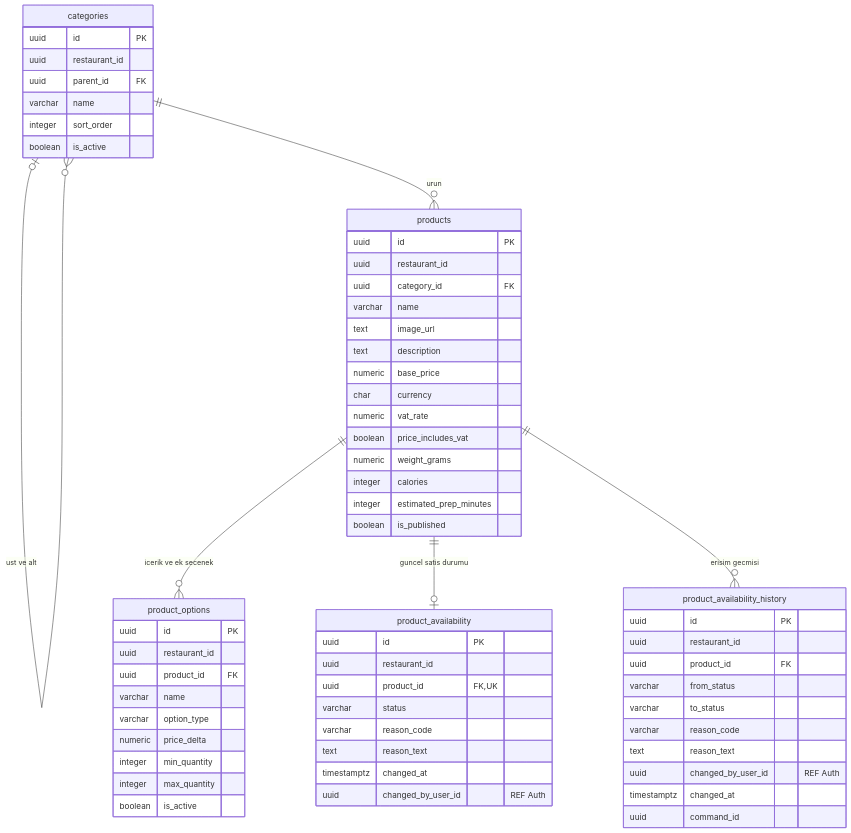
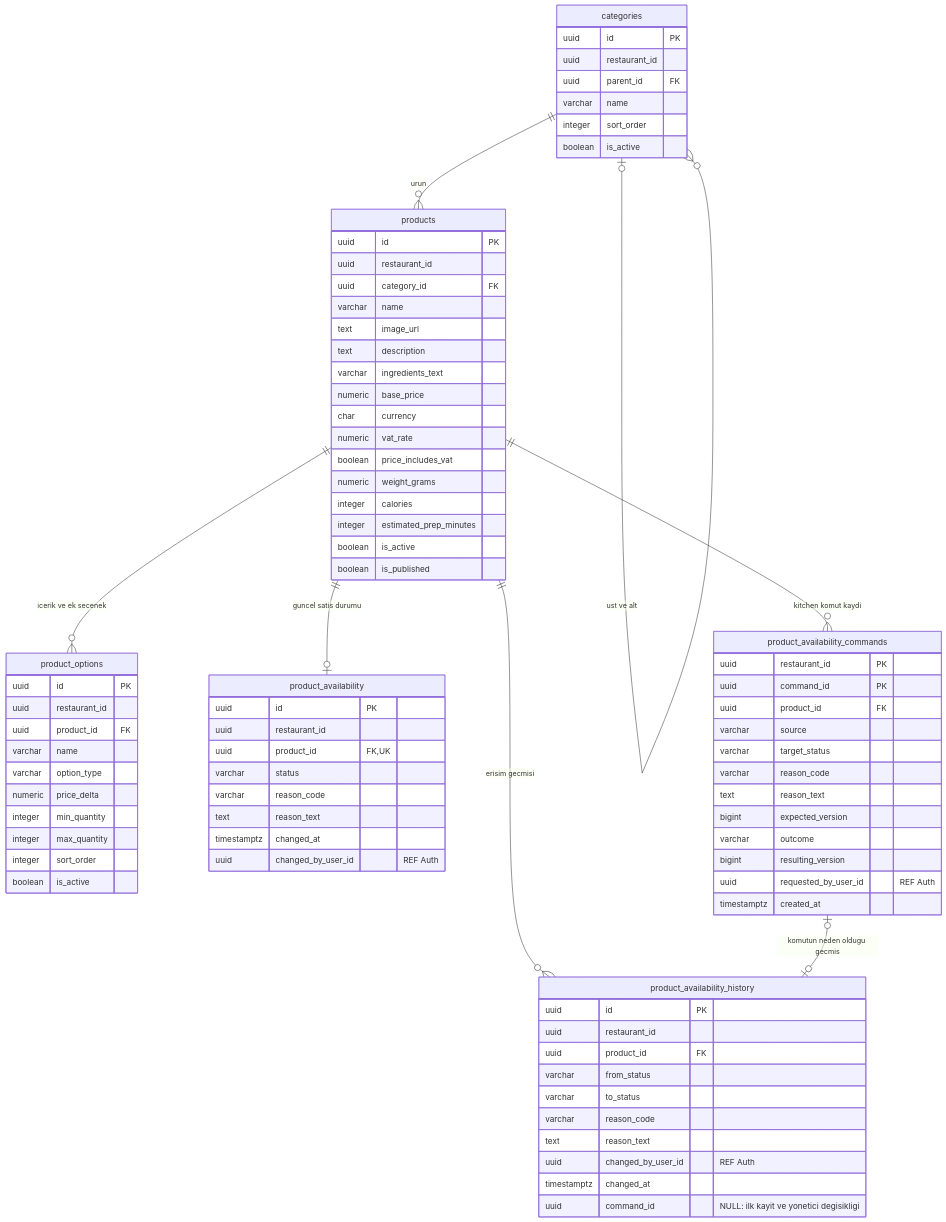
Before and after one commit to software-lecture-labs/Restofy: the fifth of 13 diagrams in docs/er-diagram.md, drawn with Mermaid. The commit also changed other lines of this file and 6 other files, not shown here.

````diff
--- a/docs/er-diagram.md
+++ b/docs/er-diagram.md
@@ -220,6 +220,8 @@
     products ||--o{ product_options : "icerik ve ek secenek"
     products ||--o| product_availability : "guncel satis durumu"
     products ||--o{ product_availability_history : "erisim gecmisi"
+    products ||--o{ product_availability_commands : "kitchen komut kaydi"
+    product_availability_commands |o--o| product_availability_history : "komutun neden oldugu gecmis"
 
     categories {
         uuid id PK
@@ -236,6 +238,7 @@
         varchar name
         text image_url
         text description
+        varchar ingredients_text
         numeric base_price
         char currency
         numeric vat_rate
@@ -243,6 +246,7 @@
         numeric weight_grams
         integer calories
         integer estimated_prep_minutes
+        boolean is_active
         boolean is_published
     }
     product_options {
@@ -254,6 +258,7 @@
         numeric price_delta
         integer min_quantity
         integer max_quantity
+        integer sort_order
         boolean is_active
     }
     product_availability {
@@ -276,6 +281,20 @@
         text reason_text
         uuid changed_by_user_id "REF Auth"
         timestamptz changed_at
-        uuid command_id
+        uuid command_id "NULL: ilk kayit ve yonetici degisikligi"
+    }
+    product_availability_commands {
+        uuid restaurant_id PK
+        uuid command_id PK
+        uuid product_id FK
+        varchar source
+        varchar target_status
+        varchar reason_code
+        text reason_text
+        bigint expected_version
+        varchar outcome
+        bigint resulting_version
+        uuid requested_by_user_id "REF Auth"
+        timestamptz created_at
     }
 ```
````
